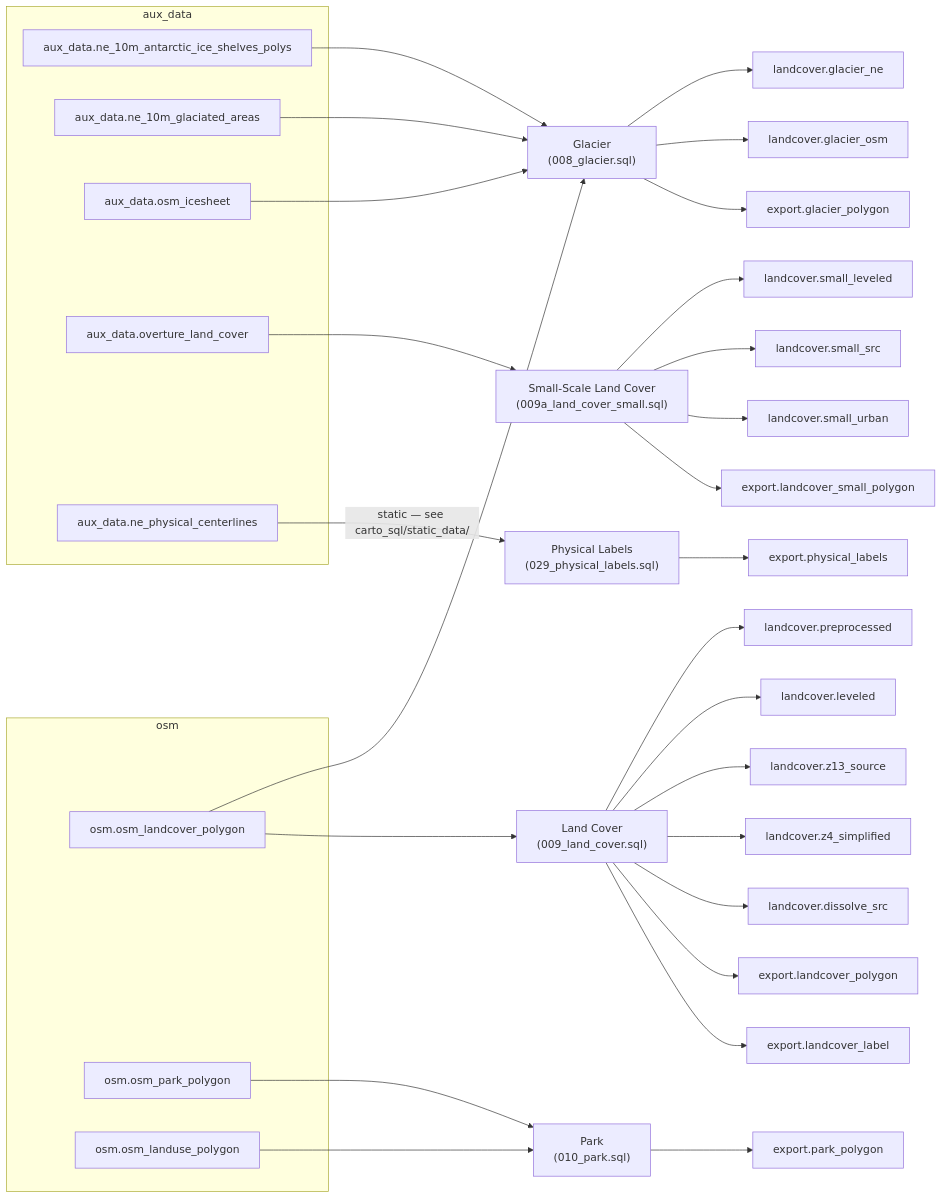
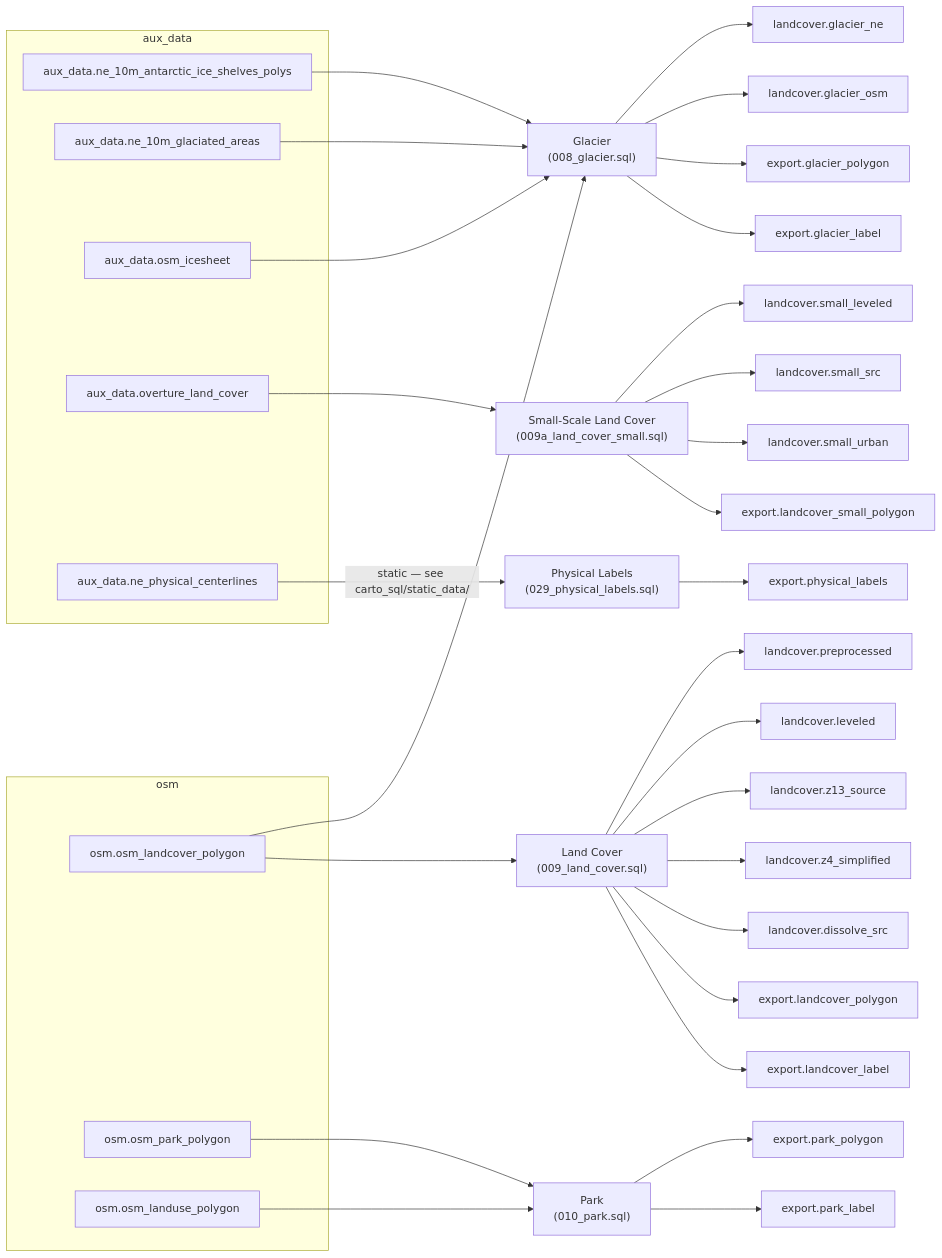
One commit to ReleasableBasemapTiles/abt changed the third of 10 diagrams in docs/schema/database.md. Above: the diagram before and after it, drawn with Mermaid. The commit also changed other lines of this file and 6 other files, not shown here.

First line of the commit message:
feat(schema): add park_label and glacier_label

````diff
--- a/docs/schema/database.md
+++ b/docs/schema/database.md
@@ -159,61 +159,65 @@
 ```mermaid
 flowchart LR
     subgraph src_osm ["osm"]
         osm_osm_landcover_polygon["osm.osm_landcover_polygon"]
         osm_osm_park_polygon["osm.osm_park_polygon"]
         osm_osm_landuse_polygon["osm.osm_landuse_polygon"]
     end
     subgraph src_aux ["aux_data"]
         aux_data_ne_10m_antarctic_ice_shelves_polys["aux_data.ne_10m_antarctic_ice_shelves_polys"]
         aux_data_ne_10m_glaciated_areas["aux_data.ne_10m_glaciated_areas"]
         aux_data_osm_icesheet["aux_data.osm_icesheet"]
         aux_data_overture_land_cover["aux_data.overture_land_cover"]
         aux_data_ne_physical_centerlines["aux_data.ne_physical_centerlines"]
     end
     script_008_glacier["Glacier<br/>(008_glacier.sql)"]
     aux_data_ne_10m_antarctic_ice_shelves_polys --> script_008_glacier
     aux_data_ne_10m_glaciated_areas --> script_008_glacier
     osm_osm_landcover_polygon --> script_008_glacier
     aux_data_osm_icesheet --> script_008_glacier
     inter_landcover_glacier_ne["landcover.glacier_ne"]
     script_008_glacier --> inter_landcover_glacier_ne
     inter_landcover_glacier_osm["landcover.glacier_osm"]
     script_008_glacier --> inter_landcover_glacier_osm
     export_glacier_polygon["export.glacier_polygon"]
     script_008_glacier --> export_glacier_polygon
+    export_glacier_label["export.glacier_label"]
+    script_008_glacier --> export_glacier_label
     script_009_land_cover["Land Cover<br/>(009_land_cover.sql)"]
     osm_osm_landcover_polygon --> script_009_land_cover
     inter_landcover_preprocessed["landcover.preprocessed"]
     script_009_land_cover --> inter_landcover_preprocessed
     inter_landcover_leveled["landcover.leveled"]
     script_009_land_cover --> inter_landcover_leveled
     inter_landcover_z13_source["landcover.z13_source"]
     script_009_land_cover --> inter_landcover_z13_source
     inter_landcover_z4_simplified["landcover.z4_simplified"]
     script_009_land_cover --> inter_landcover_z4_simplified
     inter_landcover_dissolve_src["landcover.dissolve_src"]
     script_009_land_cover --> inter_landcover_dissolve_src
     export_landcover_polygon["export.landcover_polygon"]
     script_009_land_cover --> export_landcover_polygon
     export_landcover_label["export.landcover_label"]
     script_009_land_cover --> export_landcover_label
     script_009a_land_cover_small["Small-Scale Land Cover<br/>(009a_land_cover_small.sql)"]
     aux_data_overture_land_cover --> script_009a_land_cover_small
     inter_landcover_small_leveled["landcover.small_leveled"]
     script_009a_land_cover_small --> inter_landcover_small_leveled
     inter_landcover_small_src["landcover.small_src"]
     script_009a_land_cover_small --> inter_landcover_small_src
     inter_landcover_small_urban["landcover.small_urban"]
     script_009a_land_cover_small --> inter_landcover_small_urban
     export_landcover_small_polygon["export.landcover_small_polygon"]
     script_009a_land_cover_small --> export_landcover_small_polygon
     script_010_park["Park<br/>(010_park.sql)"]
     osm_osm_park_polygon --> script_010_park
     osm_osm_landuse_polygon --> script_010_park
     export_park_polygon["export.park_polygon"]
     script_010_park --> export_park_polygon
+    export_park_label["export.park_label"]
+    script_010_park --> export_park_label
     script_029_physical_labels["Physical Labels<br/>(029_physical_labels.sql)"]
     aux_data_ne_physical_centerlines -->|"static — see carto_sql/static_data/"| script_029_physical_labels
     export_physical_labels["export.physical_labels"]
     script_029_physical_labels --> export_physical_labels
 ```
````
